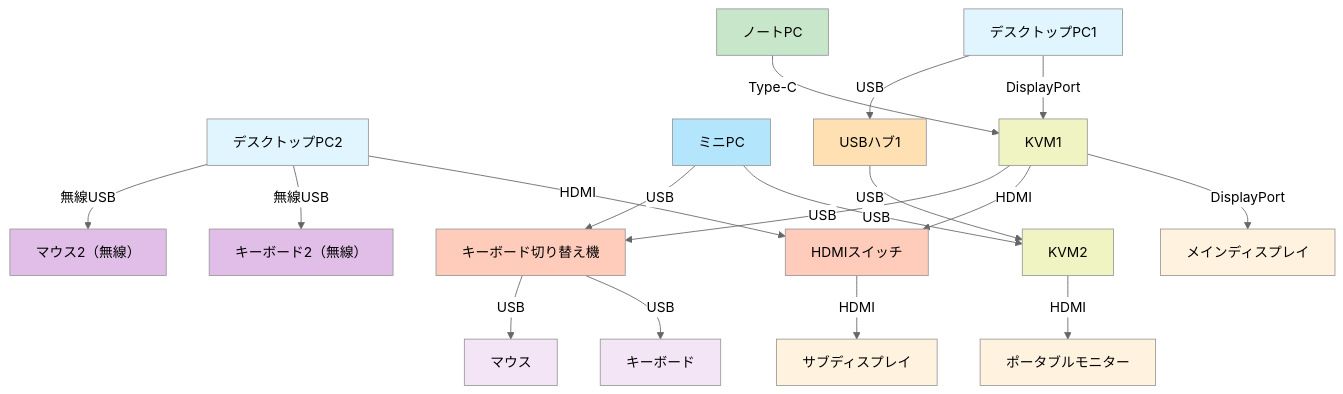
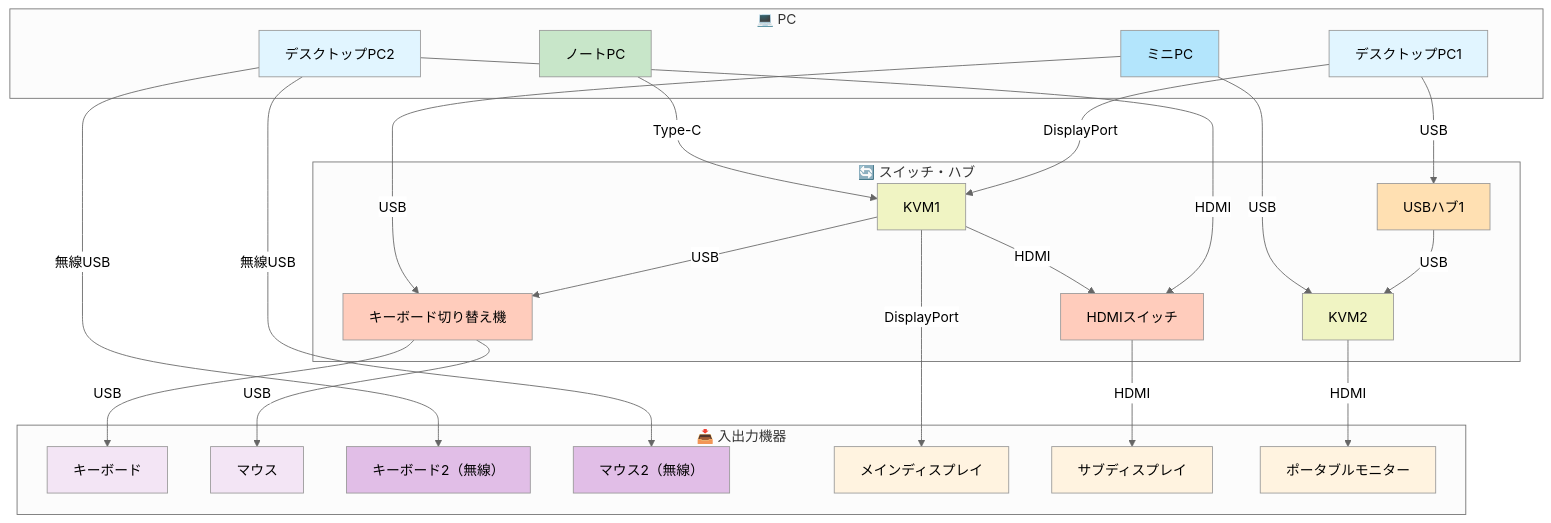
Before and after one commit to nuitsjp/MyEnvironments: the diagram in デスク設計.md, drawn with Mermaid (neutral theme).

Commit message:
接続図の入力機器、PC、スイッチ・ハブのサブグラフを追加して構造を整理

````diff
--- a/デスク設計.md
+++ b/デスク設計.md
@@ -5,63 +5,69 @@
 ```mermaid
 graph TB
-    PC1["デスクトップPC1"]
-    PC2["デスクトップPC2"]
-    NOTEBOOK["ノートPC"]
-    MINIPC["ミニPC"]
-    KVM1["KVM1"]
-    KVM2["KVM2"]
-    HUB1["USBハブ1"]
-    HDMISW["HDMIスイッチ"]
-    KBSW["キーボード切り替え機"]
+    subgraph INPUT["📥 入出力機器"]
+        KB["キーボード"]
+        MOUSE["マウス"]
+        KB2["キーボード2（無線）"]
+        MOUSE2["マウス2（無線）"]
+        DIS1["メインディスプレイ"]
+        DIS2["サブディスプレイ"]
+        DIS3["ポータブルモニター"]
+    end
 
-    DIS1["メインディスプレイ"]
-    DIS2["サブディスプレイ"]
-    DIS3["ポータブルモニター"]
+    subgraph PC["💻 PC"]
+        PC1["デスクトップPC1"]
+        PC2["デスクトップPC2"]
+        NOTEBOOK["ノートPC"]
+        MINIPC["ミニPC"]
+    end
 
-    KB["キーボード"]
-    MOUSE["マウス"]
-    KB2["キーボード2（無線）"]
-    MOUSE2["マウス2（無線）"]
+    subgraph SWITCH["🔄 スイッチ・ハブ"]
+        KVM1["KVM1"]
+        KVM2["KVM2"]
+        HUB1["USBハブ1"]
+        HDMISW["HDMIスイッチ"]
+        KBSW["キーボード切り替え機"]
+    end
 
     PC1 -->|DisplayPort| KVM1
     PC1 -->|USB| HUB1
     HUB1 -->|USB| KVM2
 
     NOTEBOOK -->|Type-C| KVM1
 
     MINIPC -->|USB| KVM2
 
     PC2 -->|HDMI| HDMISW
     PC2 -->|無線USB| KB2
     PC2 -->|無線USB| MOUSE2
 
     KVM1 -->|DisplayPort| DIS1
     KVM1 -->|HDMI| HDMISW
 
     HDMISW -->|HDMI| DIS2
 
     KVM2 -->|HDMI| DIS3
 
     KVM1 -->|USB| KBSW
     MINIPC -->|USB| KBSW
 
     KBSW -->|USB| KB
     KBSW -->|USB| MOUSE
 
     style PC1 fill:#e1f5ff
     style PC2 fill:#e1f5ff
     style NOTEBOOK fill:#c8e6c9
     style MINIPC fill:#b3e5fc
     style KVM1 fill:#f0f4c3
     style KVM2 fill:#f0f4c3
     style HUB1 fill:#ffe0b2
     style HDMISW fill:#ffccbc
     style KBSW fill:#ffccbc
     style DIS1 fill:#fff3e0
     style DIS2 fill:#fff3e0
     style DIS3 fill:#fff3e0
     style KB fill:#f3e5f5
     style MOUSE fill:#f3e5f5
     style KB2 fill:#e1bee7
     style MOUSE2 fill:#e1bee7
 ```
````
